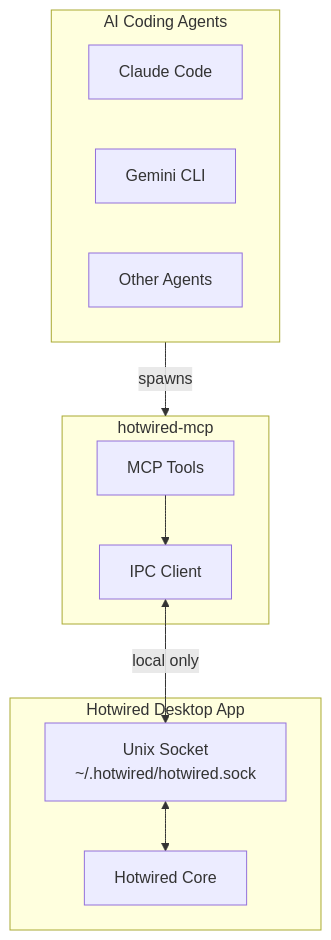
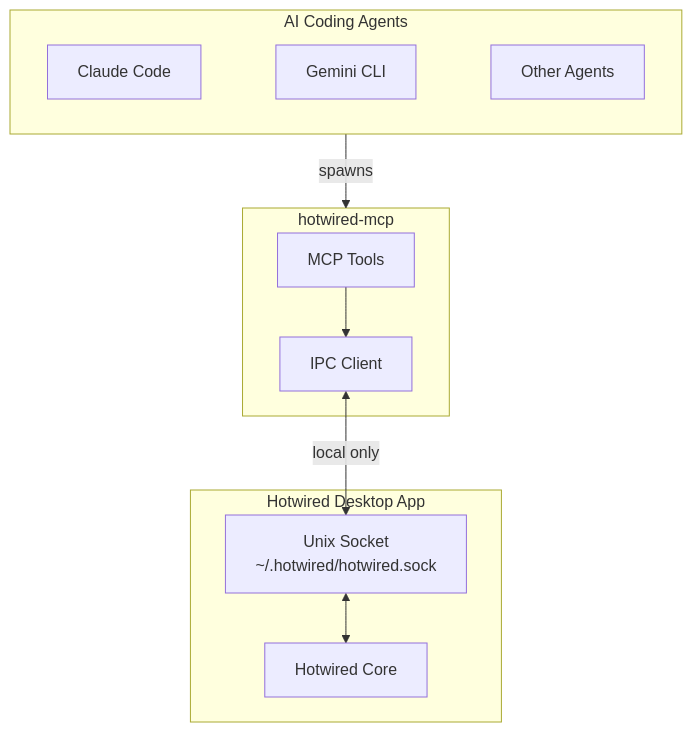
The diagram in README.md (hotwired-sh/hotwired-mcp), drawn with Mermaid before and after one commit.

````diff
--- a/README.md
+++ b/README.md
@@ -20,17 +20,17 @@
 ```mermaid
 flowchart TB
     subgraph agents["AI Coding Agents"]
-        claude["Claude Code"] & gemini["Gemini CLI"] & other["Other Agents"]
+        claude["Claude Code"] ~~~ gemini["Gemini CLI"] ~~~ other["Other Agents"]
     end
 
     subgraph mcp["hotwired-mcp"]
         tools["MCP Tools"] --> ipc["IPC Client"]
     end
 
     subgraph desktop["Hotwired Desktop App"]
         socket["Unix Socket<br/>~/.hotwired/hotwired.sock"] <--> core["Hotwired Core"]
     end
 
     agents -->|"spawns"| mcp
     ipc <-->|"local only"| socket
 ```
````
